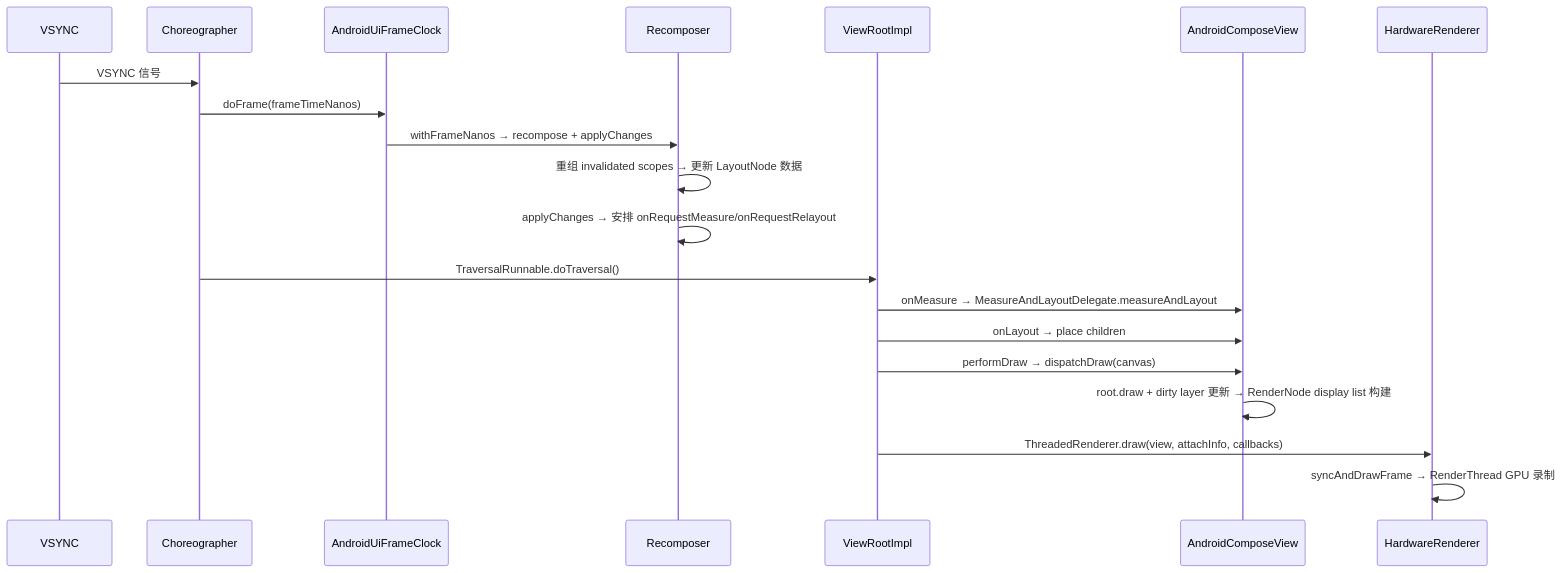
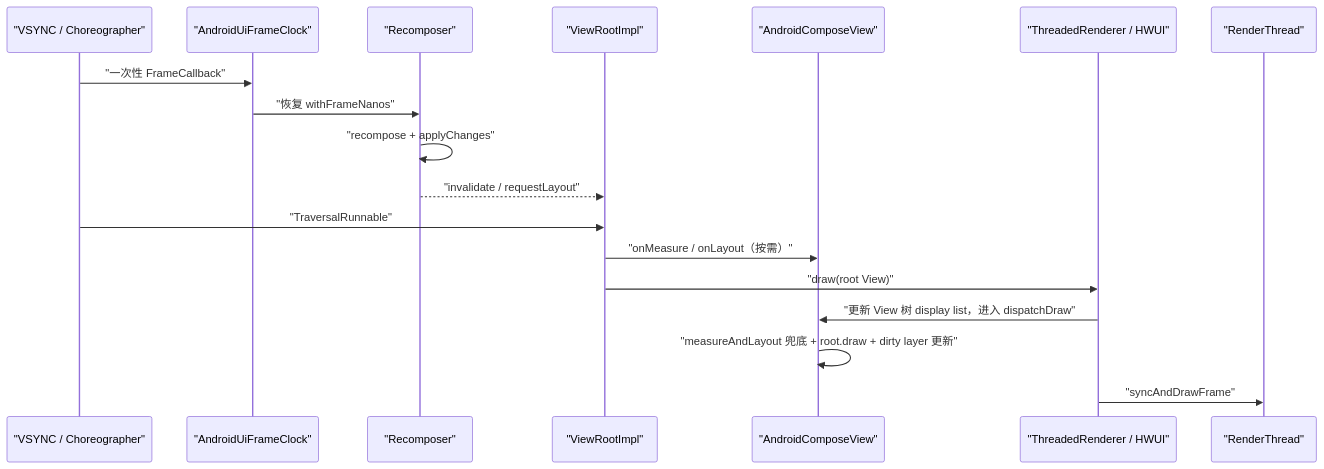
The first of 2 diagrams in src/part2-performance/ch18-rendering-pipelines/25-compose-rendering-pipeline.md (Gracker/android-internals-wiki), drawn with Mermaid before and after one commit. The commit also changed other lines of this file, not shown here.

Commit message:
docs(rendering): review Compose pipeline for Android 17

````diff
--- a/src/part2-performance/ch18-rendering-pipelines/25-compose-rendering-pipeline.md
+++ b/src/part2-performance/ch18-rendering-pipelines/25-compose-rendering-pipeline.md
@@ -89,23 +107,21 @@
 ```mermaid
 sequenceDiagram
-    participant VSYNC as VSYNC
-    participant Choreo as Choreographer
-    participant UiFC as AndroidUiFrameClock
-    participant Rec as Recomposer
-    participant VRI as ViewRootImpl
-    participant ACP as AndroidComposeView
-    participant HR as HardwareRenderer
-    
-    VSYNC->>Choreo: VSYNC 信号
-    Choreo->>UiFC: doFrame(frameTimeNanos)
-    UiFC->>Rec: withFrameNanos → recompose + applyChanges
-    Rec->>Rec: 重组 invalidated scopes → 更新 LayoutNode 数据
-    Rec->>Rec: applyChanges → 安排 onRequestMeasure/onRequestRelayout
-    Choreo->>VRI: TraversalRunnable.doTraversal()
-    VRI->>ACP: onMeasure → MeasureAndLayoutDelegate.measureAndLayout
-    VRI->>ACP: onLayout → place children
-    VRI->>ACP: performDraw → dispatchDraw(canvas)
-    ACP->>ACP: root.draw + dirty layer 更新 → RenderNode display list 构建
-    VRI->>HR: ThreadedRenderer.draw(view, attachInfo, callbacks)
-    HR->>HR: syncAndDrawFrame → RenderThread GPU 录制
+    participant V as "VSYNC / Choreographer"
+    participant F as "AndroidUiFrameClock"
+    participant R as "Recomposer"
+    participant W as "ViewRootImpl"
+    participant A as "AndroidComposeView"
+    participant H as "ThreadedRenderer / HWUI"
+    participant T as "RenderThread"
+
+    V->>F: "一次性 FrameCallback"
+    F->>R: "恢复 withFrameNanos"
+    R->>R: "recompose + applyChanges"
+    R-->>W: "invalidate / requestLayout"
+    V->>W: "TraversalRunnable"
+    W->>A: "onMeasure / onLayout（按需）"
+    W->>H: "draw(root View)"
+    H->>A: "更新 View 树 display list，进入 dispatchDraw"
+    A->>A: "measureAndLayout 兜底 + root.draw + dirty layer 更新"
+    H->>T: "syncAndDrawFrame"
 ```
````
